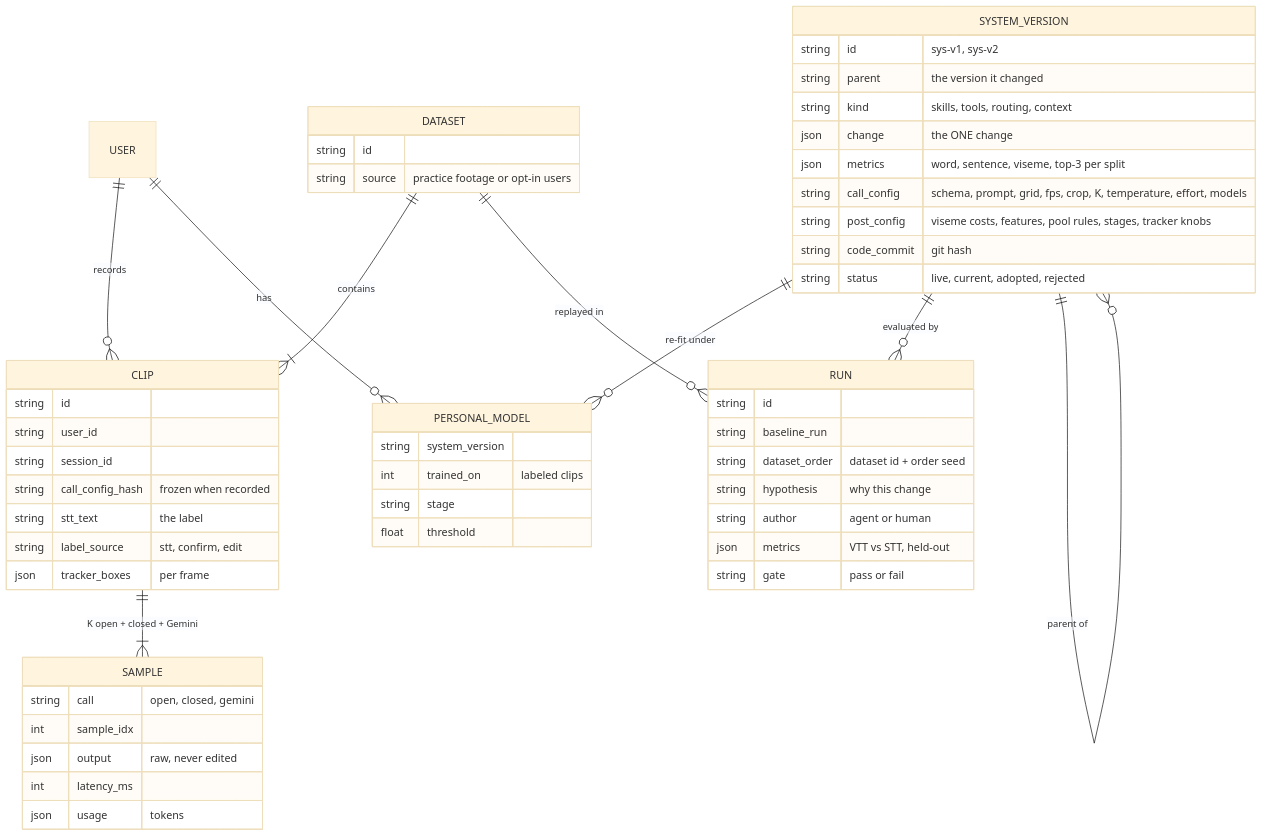
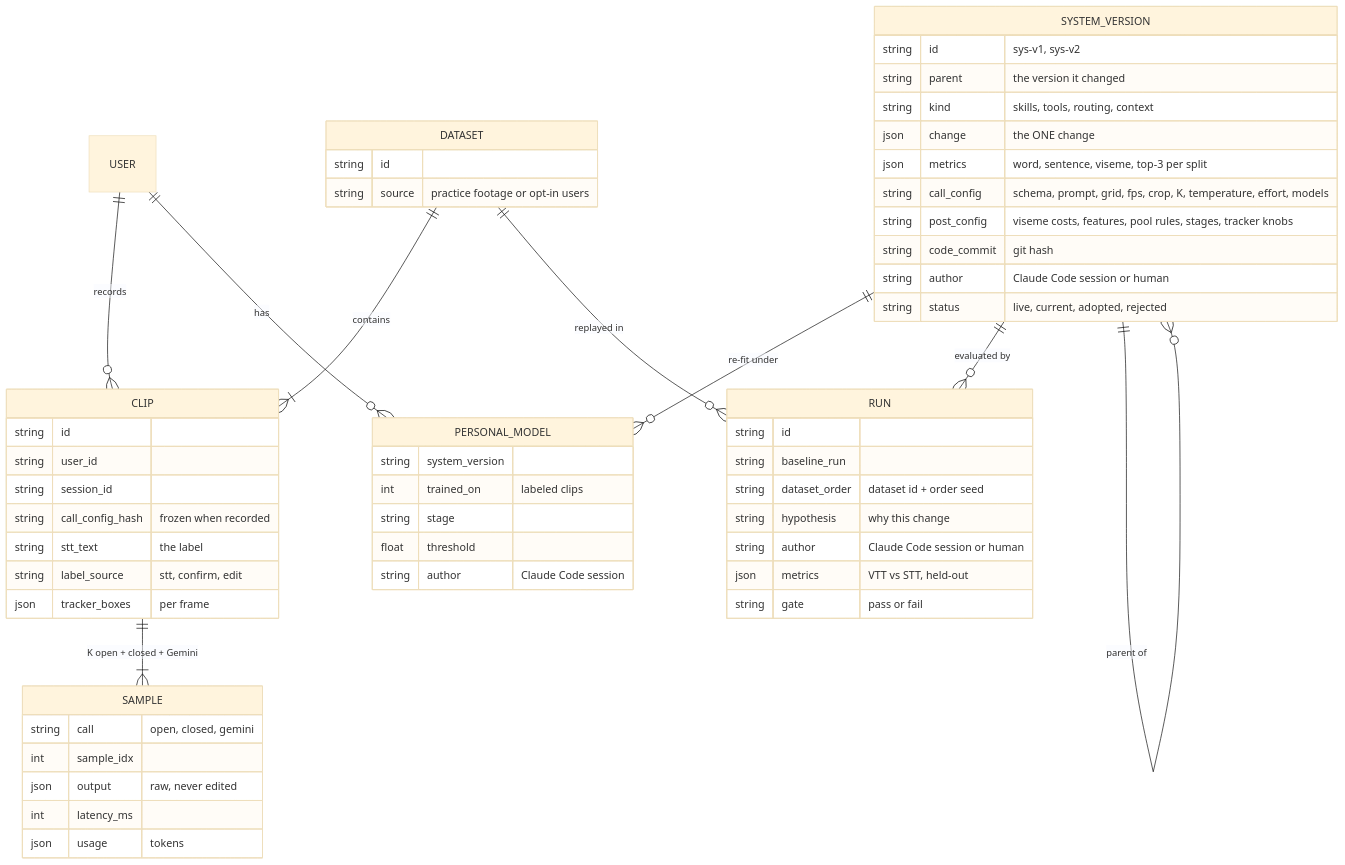
The sixth of 7 diagrams in docs/pipeline.md (Darijan-Ducic/badge-machine), drawn with Mermaid (base theme) before and after one commit. The commit also changed other lines of this file and 2 other files, not shown here.

First line of the commit message:
docs: mark a local Claude Code session as the owner of every iteration

````diff
--- a/docs/pipeline.md
+++ b/docs/pipeline.md
@@ -174,58 +181,60 @@
 ```mermaid
 erDiagram
   USER ||--o{ CLIP : records
   DATASET ||--|{ CLIP : contains
   CLIP ||--|{ SAMPLE : "K open + closed + Gemini"
   USER ||--o{ PERSONAL_MODEL : has
   SYSTEM_VERSION ||--o{ PERSONAL_MODEL : "re-fit under"
   SYSTEM_VERSION ||--o{ RUN : "evaluated by"
   DATASET ||--o{ RUN : "replayed in"
 
   CLIP {
     string id
     string user_id
     string session_id
     string call_config_hash "frozen when recorded"
     string stt_text "the label"
     string label_source "stt, confirm, edit"
     json tracker_boxes "per frame"
   }
   SAMPLE {
     string call "open, closed, gemini"
     int sample_idx
     json output "raw, never edited"
     int latency_ms
     json usage "tokens"
   }
   SYSTEM_VERSION ||--o{ SYSTEM_VERSION : "parent of"
   SYSTEM_VERSION {
     string id "sys-v1, sys-v2"
     string parent "the version it changed"
     string kind "skills, tools, routing, context"
     json change "the ONE change"
     json metrics "word, sentence, viseme, top-3 per split"
     string call_config "schema, prompt, grid, fps, crop, K, temperature, effort, models"
     string post_config "viseme costs, features, pool rules, stages, tracker knobs"
     string code_commit "git hash"
+    string author "Claude Code session or human"
     string status "live, current, adopted, rejected"
   }
   PERSONAL_MODEL {
     string system_version
     int trained_on "labeled clips"
     string stage
     float threshold
+    string author "Claude Code session"
   }
   RUN {
     string id
     string baseline_run
     string dataset_order "dataset id + order seed"
     string hypothesis "why this change"
-    string author "agent or human"
+    string author "Claude Code session or human"
     json metrics "VTT vs STT, held-out"
     string gate "pass or fail"
   }
   DATASET {
     string id
     string source "practice footage or opt-in users"
   }
 ```
````
